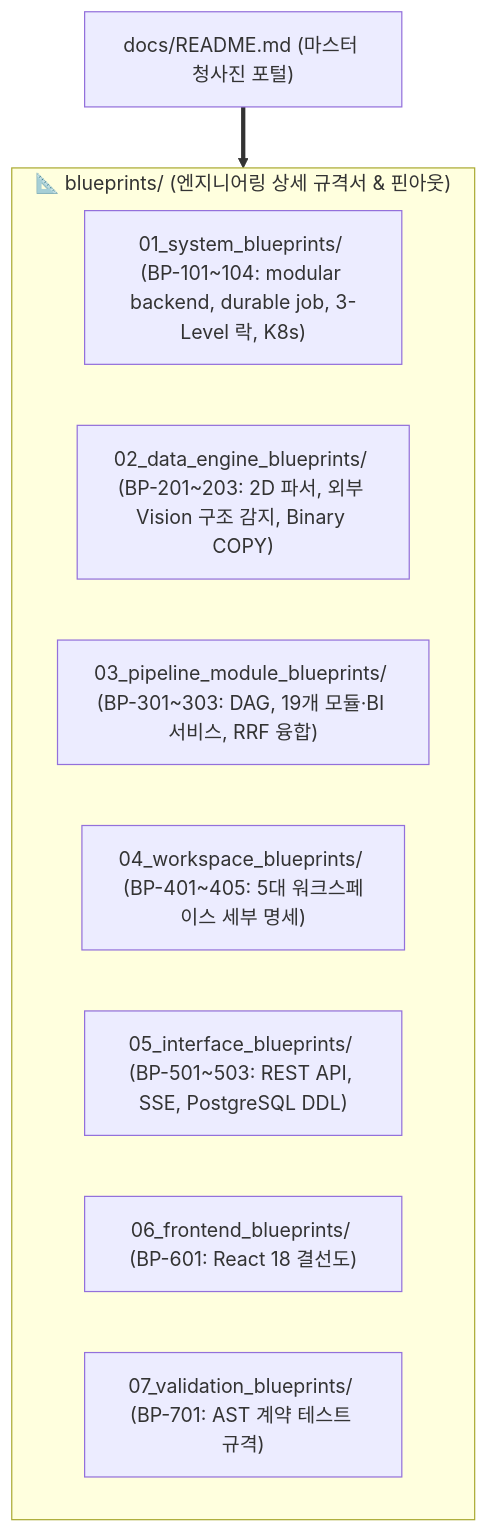
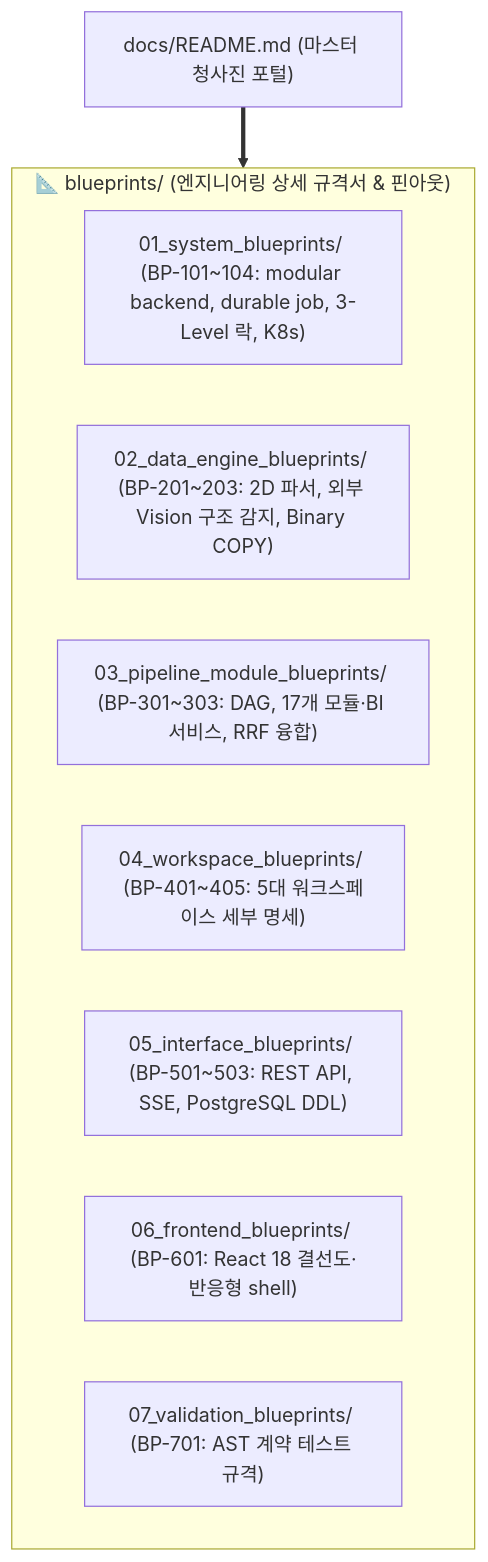
The diagram in docs/README.md (bist-mini-final/bist-mini-final), drawn with Mermaid before and after one commit. The commit also changed other lines of this file and 152 other files, not shown here.

````diff
--- a/docs/README.md
+++ b/docs/README.md
@@ -15,16 +15,16 @@
 ```mermaid
 flowchart TD
     ROOT["docs/README.md (마스터 청사진 포털)"]
 
     subgraph BlueprintTrack ["📐 blueprints/ (엔지니어링 상세 규격서 & 핀아웃)"]
         B1["01_system_blueprints/ (BP-101~104: modular backend, durable job, 3-Level 락, K8s)"]
         B2["02_data_engine_blueprints/ (BP-201~203: 2D 파서, 외부 Vision 구조 감지, Binary COPY)"]
-        B3["03_pipeline_module_blueprints/ (BP-301~303: DAG, 19개 모듈·BI 서비스, RRF 융합)"]
+        B3["03_pipeline_module_blueprints/ (BP-301~303: DAG, 17개 모듈·BI 서비스, RRF 융합)"]
         B4["04_workspace_blueprints/ (BP-401~405: 5대 워크스페이스 세부 명세)"]
         B5["05_interface_blueprints/ (BP-501~503: REST API, SSE, PostgreSQL DDL)"]
-        B6["06_frontend_blueprints/ (BP-601: React 18 결선도)"]
+        B6["06_frontend_blueprints/ (BP-601: React 18 결선도·반응형 shell)"]
         B7["07_validation_blueprints/ (BP-701: AST 계약 테스트 규격)"]
     end
 
     ROOT ==> BlueprintTrack
 ```
````
